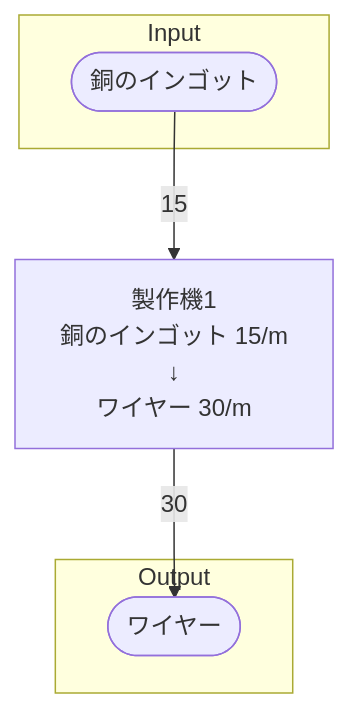
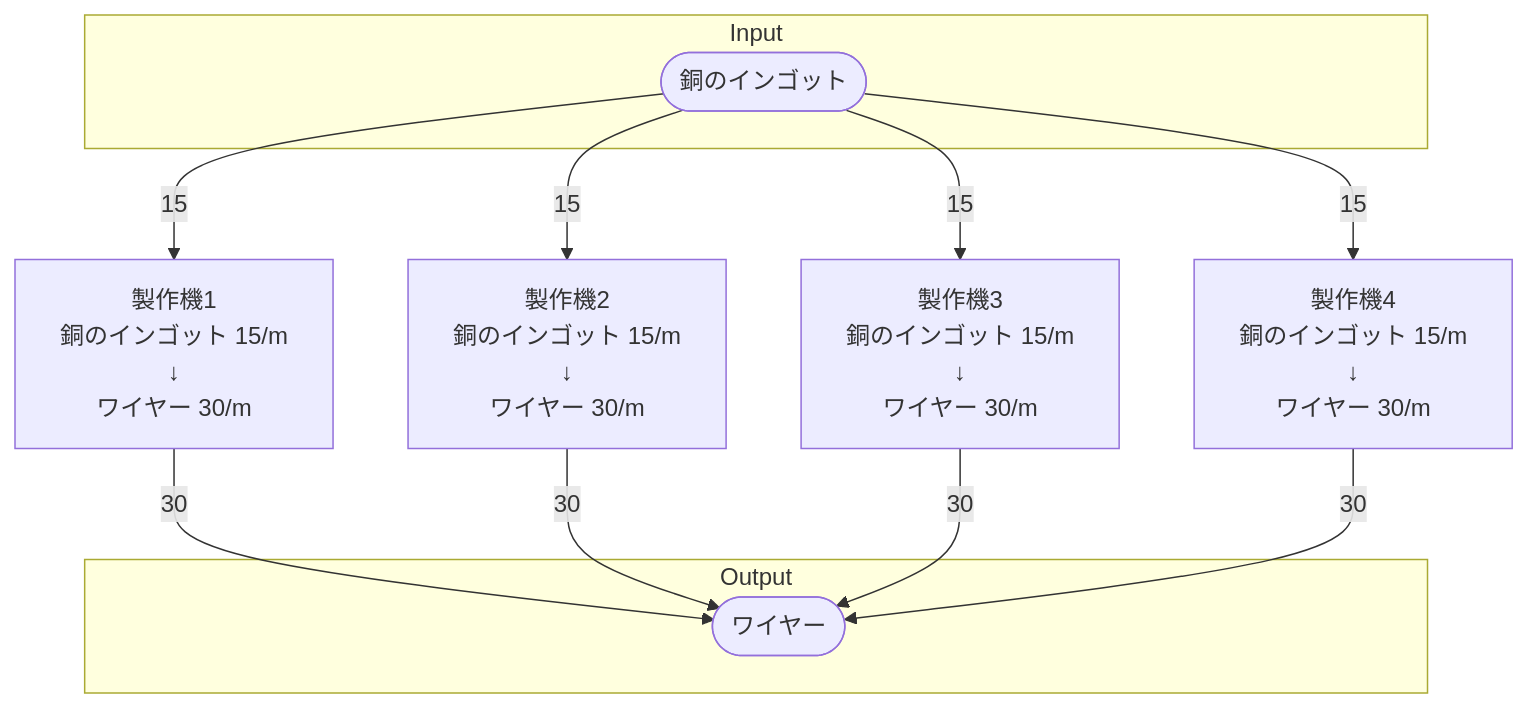
The diagram in 40_FactoryBuilding/初期一時ワイヤー工場/40_個別製造ライン設計書/個別製造ライン設計書_ワイヤー製造ライン.md (Suzuran-Amano/SatisfactoryTaskEfficiency), drawn with Mermaid before and after one commit. The commit also changed other lines of this file and 7 other files, not shown here.

````diff
--- a/40_FactoryBuilding/初期一時ワイヤー工場/40_個別製造ライン設計書/個別製造ライン設計書_ワイヤー製造ライン.md
+++ b/40_FactoryBuilding/初期一時ワイヤー工場/40_個別製造ライン設計書/個別製造ライン設計書_ワイヤー製造ライン.md
@@ -18,24 +18,48 @@
 ```mermaid
 flowchart TD
 
 subgraph Input
     銅のインゴット([銅のインゴット])
 end
 
 製作機1[
     製作機1
     銅のインゴット 15/m
     ↓
     ワイヤー 30/m
 ]
+製作機2[
+    製作機2
+    銅のインゴット 15/m
+    ↓
+    ワイヤー 30/m
+]
+製作機3[
+    製作機3
+    銅のインゴット 15/m
+    ↓
+    ワイヤー 30/m
+]
+製作機4[
+    製作機4
+    銅のインゴット 15/m
+    ↓
+    ワイヤー 30/m
+]
 
 subgraph Output
     ワイヤー([ワイヤー])
 end
 
 
 銅のインゴット-->|15|製作機1
+銅のインゴット-->|15|製作機2
+銅のインゴット-->|15|製作機3
+銅のインゴット-->|15|製作機4
 製作機1-->|30|ワイヤー
+製作機2-->|30|ワイヤー
+製作機3-->|30|ワイヤー
+製作機4-->|30|ワイヤー
 
 
 ```
````
